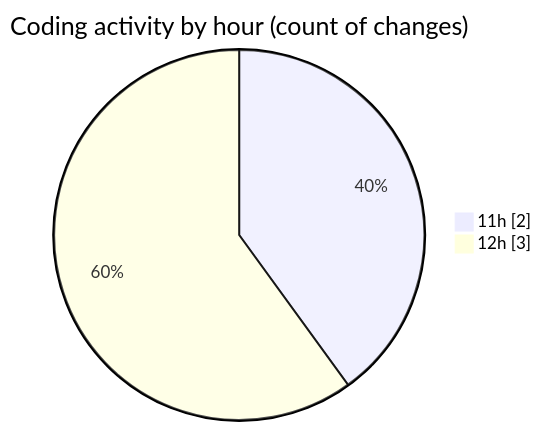
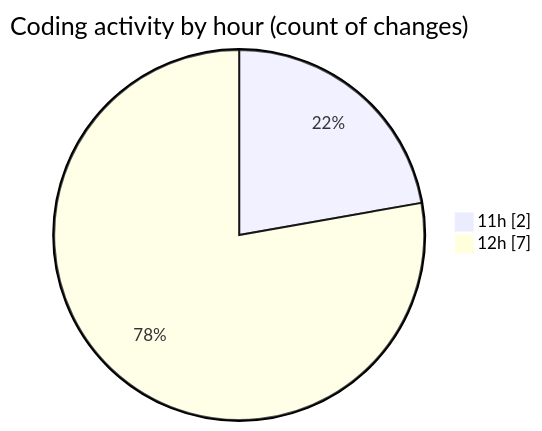
One commit to debugP/code-tracking changed the second of 2 diagrams in 2026-07-13/wp-content/README.md. Above: the diagram before and after it, drawn with Mermaid. The commit also changed other lines of this file and 1 other file, not shown here.

````diff
--- a/2026-07-13/wp-content/README.md
+++ b/2026-07-13/wp-content/README.md
@@ -28,6 +28,6 @@
 ```mermaid
 pie showData
 title Coding activity by hour (count of changes)
 "11h" : 2
-"12h" : 3
+"12h" : 7
 ```
````
